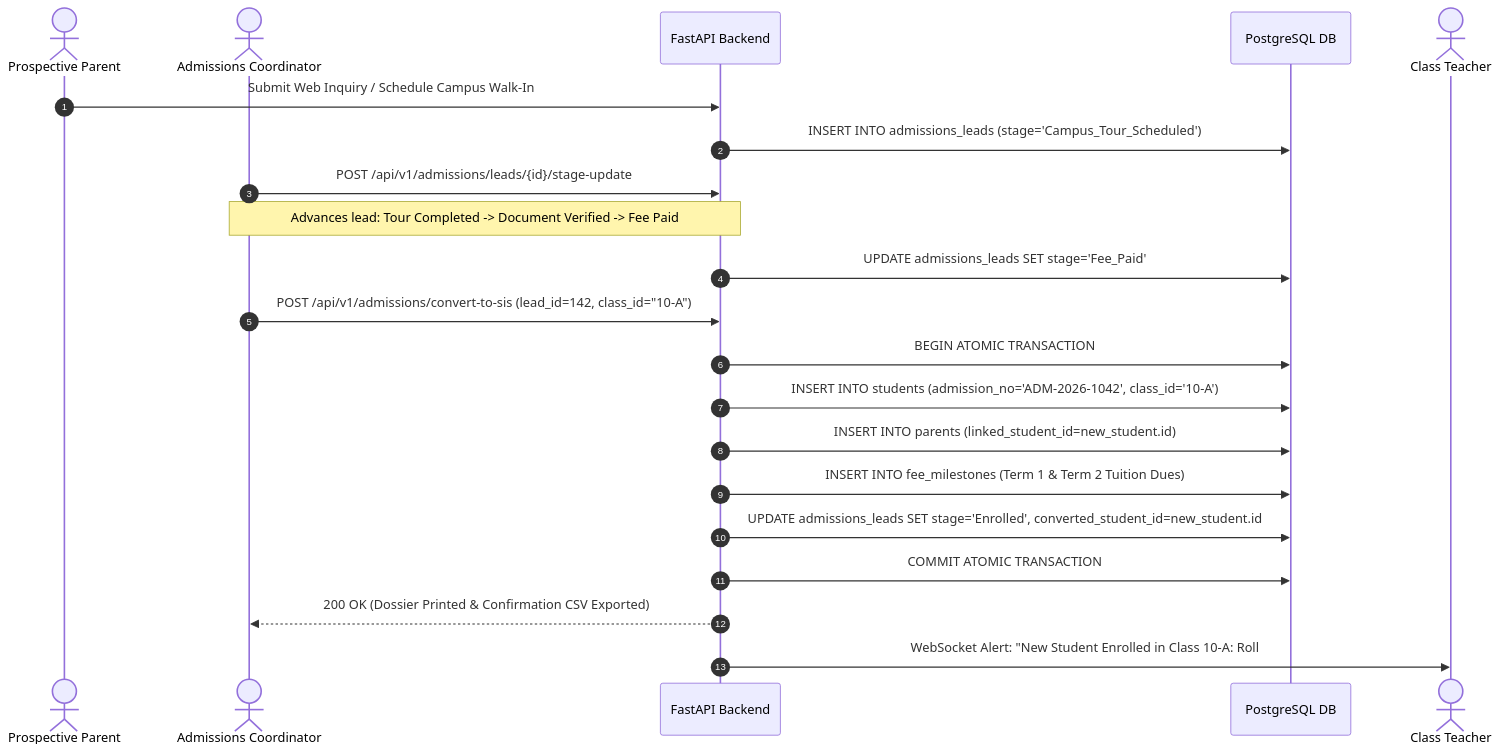
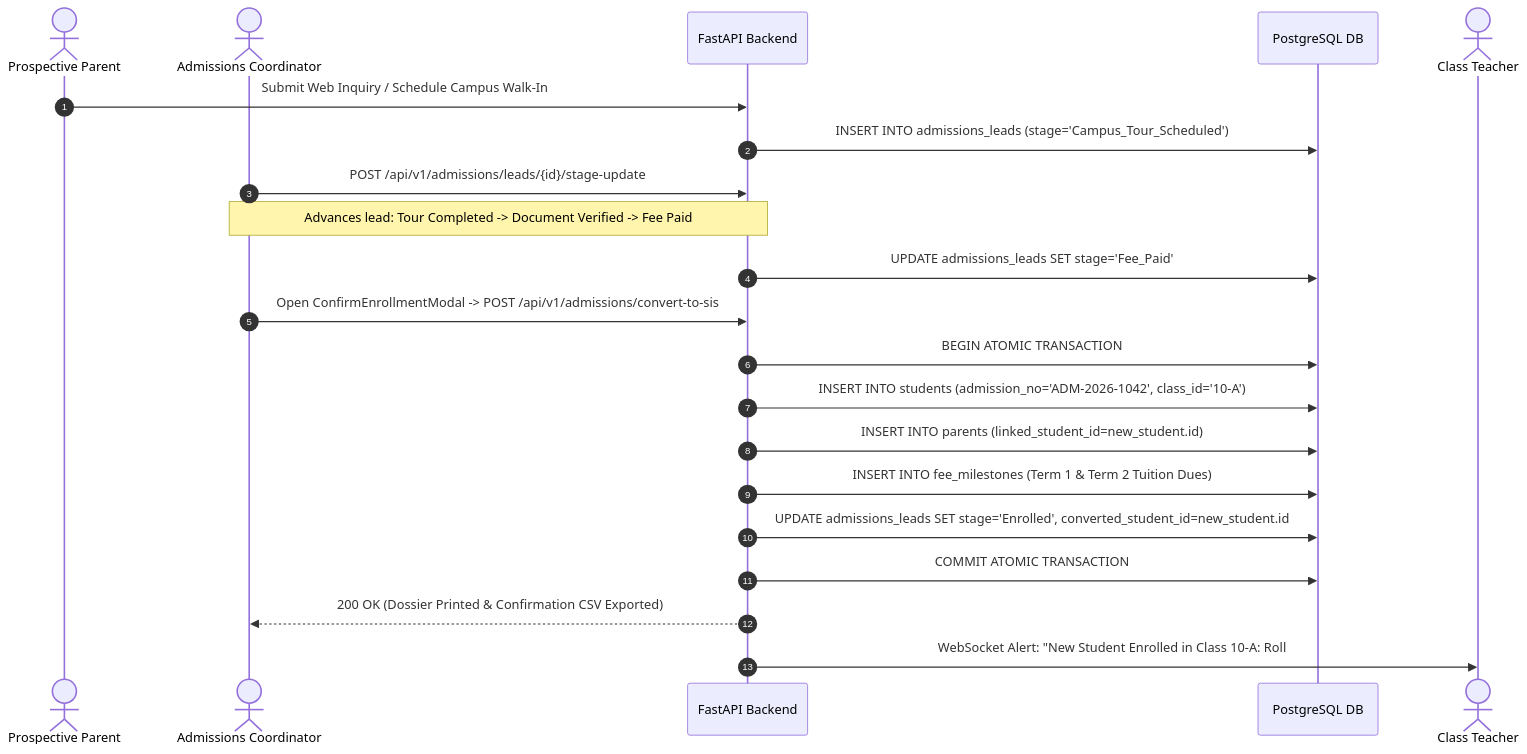
One commit to DiradzProducts/EDU360 changed diagram 14 of 19 in docs/architecture/ROLE_WISE_ARCHITECTURE_AND_WORKFLOWS.md. Above: the diagram before and after it, drawn with Mermaid. The commit also changed other lines of this file and 6 other files, not shown here.

Commit message:
docs(architecture): synchronize role-wise workflows with payroll LOP, batch exam schedules, and clock engine (v8.5)

````diff
--- a/docs/architecture/ROLE_WISE_ARCHITECTURE_AND_WORKFLOWS.md
+++ b/docs/architecture/ROLE_WISE_ARCHITECTURE_AND_WORKFLOWS.md
@@ -519,24 +577,24 @@
 ```mermaid
 sequenceDiagram
     autonumber
     actor ParentLead as Prospective Parent
     actor AdmCoord as Admissions Coordinator
     participant API as FastAPI Backend
     participant DB as PostgreSQL DB
     actor Teacher as Class Teacher
 
     ParentLead->>API: Submit Web Inquiry / Schedule Campus Walk-In
     API->>DB: INSERT INTO admissions_leads (stage='Campus_Tour_Scheduled')
     AdmCoord->>API: POST /api/v1/admissions/leads/{id}/stage-update
     Note over AdmCoord,API: Advances lead: Tour Completed -> Document Verified -> Fee Paid
     API->>DB: UPDATE admissions_leads SET stage='Fee_Paid'
-    AdmCoord->>API: POST /api/v1/admissions/convert-to-sis (lead_id=142, class_id="10-A")
+    AdmCoord->>API: Open ConfirmEnrollmentModal -> POST /api/v1/admissions/convert-to-sis
     API->>DB: BEGIN ATOMIC TRANSACTION
     API->>DB: INSERT INTO students (admission_no='ADM-2026-1042', class_id='10-A')
     API->>DB: INSERT INTO parents (linked_student_id=new_student.id)
     API->>DB: INSERT INTO fee_milestones (Term 1 & Term 2 Tuition Dues)
     API->>DB: UPDATE admissions_leads SET stage='Enrolled', converted_student_id=new_student.id
     API->>DB: COMMIT ATOMIC TRANSACTION
     API-->>AdmCoord: 200 OK (Dossier Printed & Confirmation CSV Exported)
     API->>Teacher: WebSocket Alert: "New Student Enrolled in Class 10-A: Roll #42"
 ```
````
